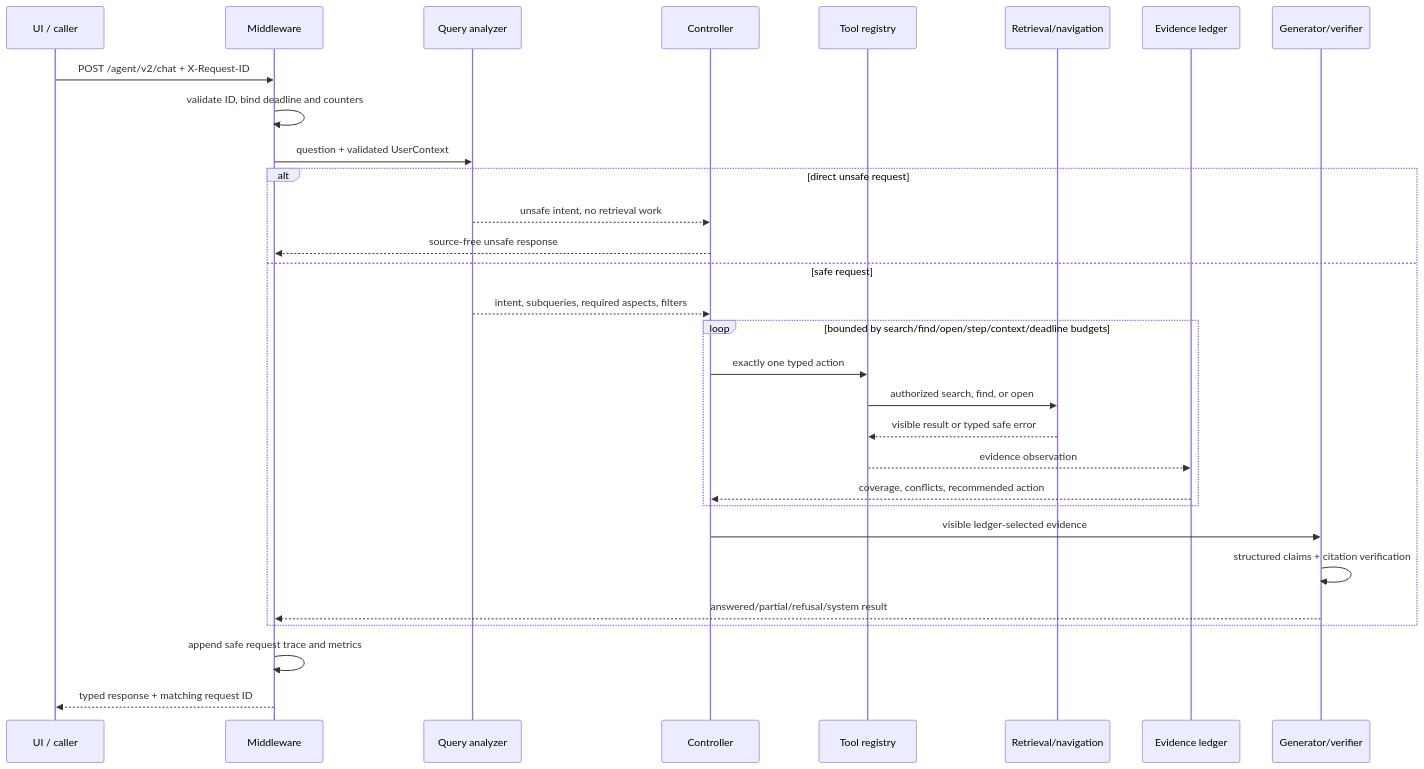
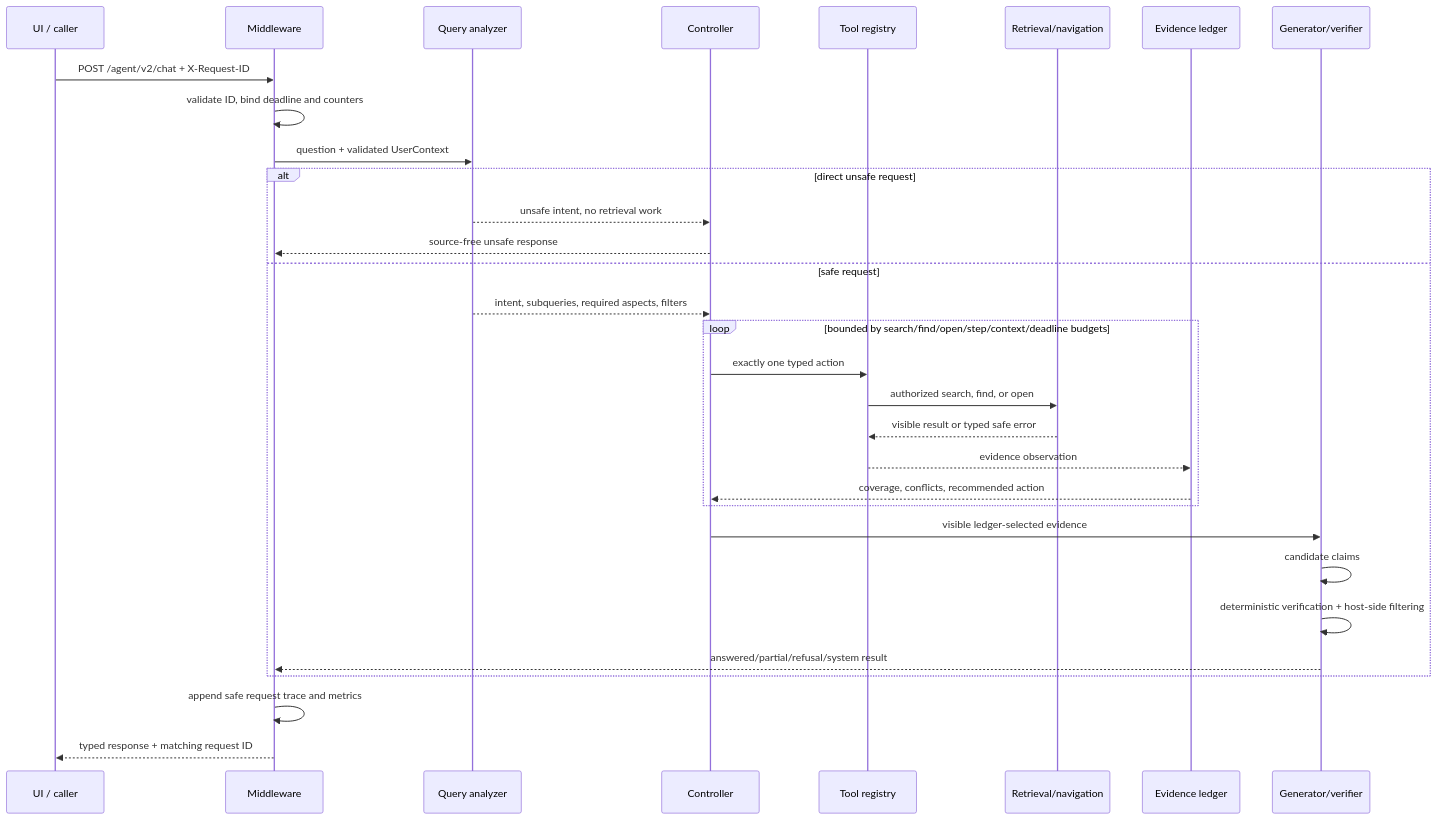
The third of 3 diagrams in docs/architecture.md (godofxuan/Attempt-of-enterprise-rag-copilot), drawn with Mermaid before and after one commit. The commit also changed other lines of this file and 6 other files, not shown here.

````diff
--- a/docs/architecture.md
+++ b/docs/architecture.md
@@ -139,33 +139,34 @@
 ```mermaid
 sequenceDiagram
     participant U as UI / caller
     participant M as Middleware
     participant A as Query analyzer
     participant C as Controller
     participant T as Tool registry
     participant R as Retrieval/navigation
     participant L as Evidence ledger
     participant G as Generator/verifier
 
     U->>M: POST /agent/v2/chat + X-Request-ID
     M->>M: validate ID, bind deadline and counters
     M->>A: question + validated UserContext
     alt direct unsafe request
         A-->>C: unsafe intent, no retrieval work
         C-->>M: source-free unsafe response
     else safe request
         A-->>C: intent, subqueries, required aspects, filters
         loop bounded by search/find/open/step/context/deadline budgets
             C->>T: exactly one typed action
             T->>R: authorized search, find, or open
             R-->>T: visible result or typed safe error
             T-->>L: evidence observation
             L-->>C: coverage, conflicts, recommended action
         end
         C->>G: visible ledger-selected evidence
-        G->>G: structured claims + citation verification
+        G->>G: candidate claims
+        G->>G: deterministic verification + host-side filtering
         G-->>M: answered/partial/refusal/system result
     end
     M->>M: append safe request trace and metrics
     M-->>U: typed response + matching request ID
 ```
````
